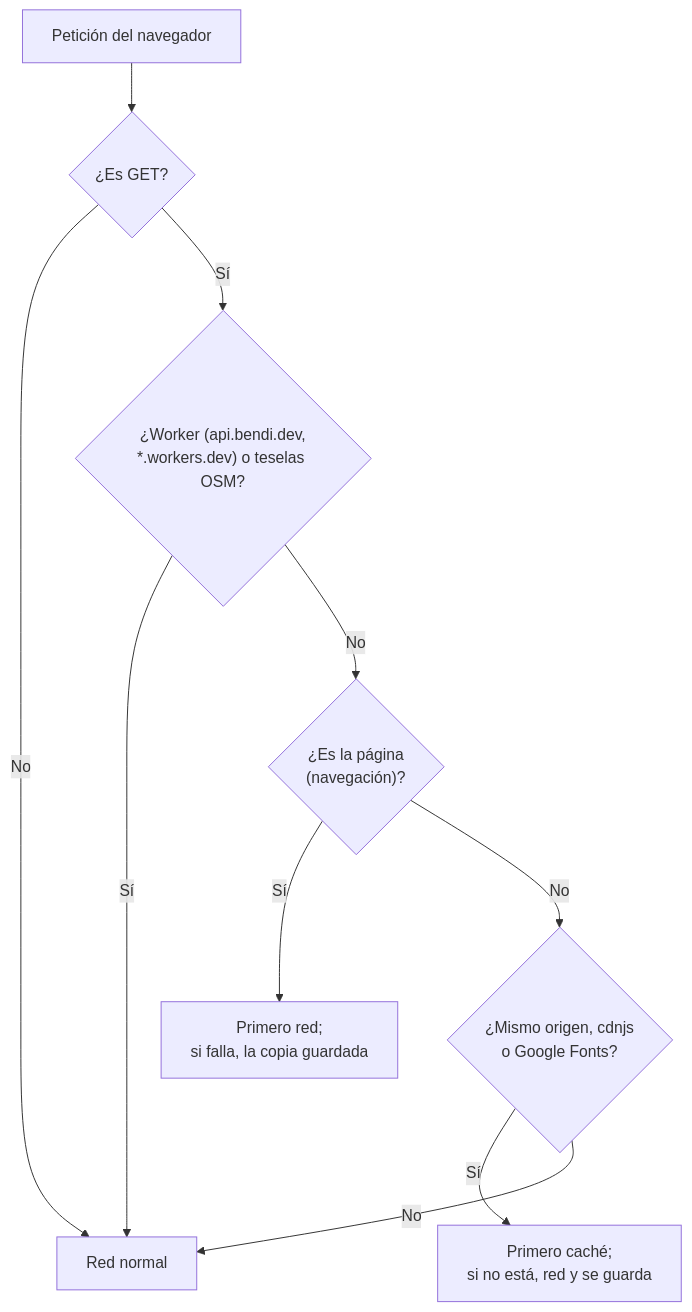
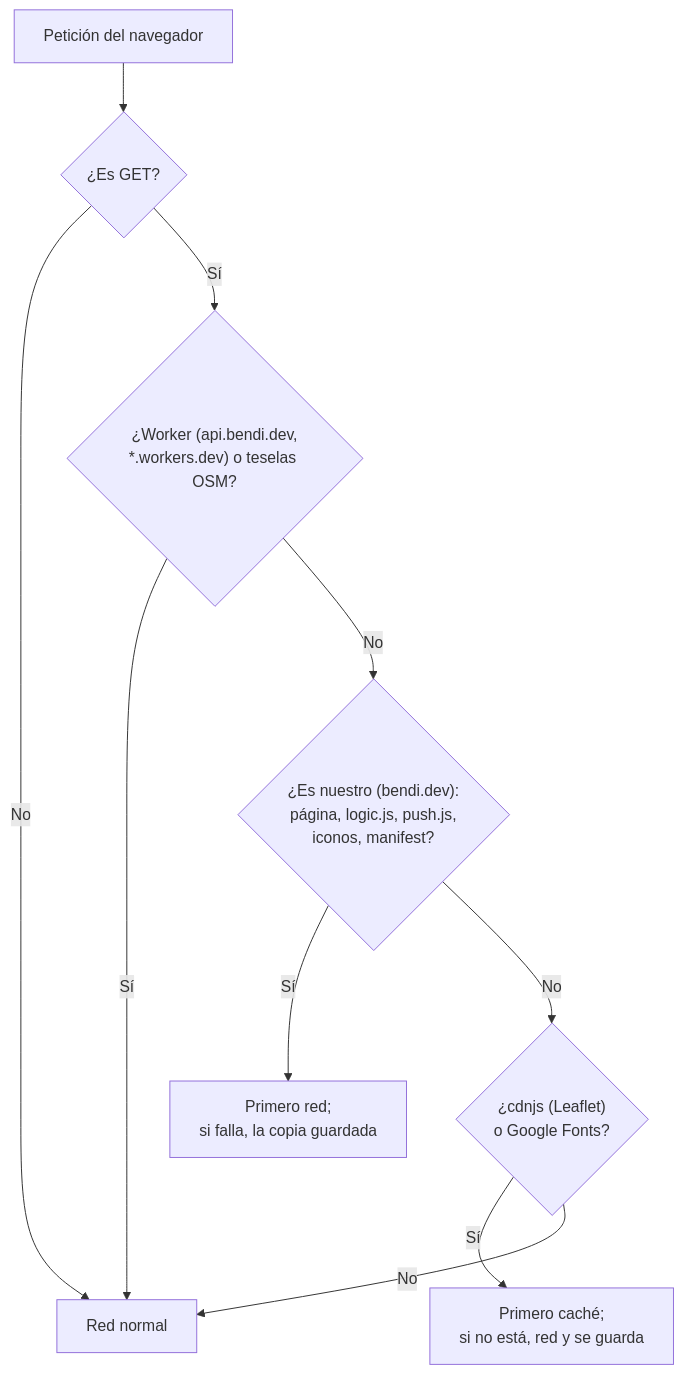
Before and after one commit to serbenda/marquesina: diagram 27 of 33 in docs/REFERENCIA.md, drawn with Mermaid. The commit also changed other lines of this file and 9 other files, not shown here.

````diff
--- a/docs/REFERENCIA.md
+++ b/docs/REFERENCIA.md
@@ -796,12 +796,12 @@
 ```mermaid
 flowchart TB
   A["Petición del navegador"] --> B{"¿Es GET?"}
   B -- "No" --> NET["Red normal"]
   B -- "Sí" --> C{"¿Worker (api.bendi.dev,<br/>*.workers.dev) o teselas OSM?"}
   C -- "Sí" --> NET
-  C -- "No" --> D{"¿Es la página<br/>(navegación)?"}
+  C -- "No" --> D{"¿Es nuestro (bendi.dev):<br/>página, logic.js, push.js,<br/>iconos, manifest?"}
   D -- "Sí" --> E["Primero red;<br/>si falla, la copia guardada"]
-  D -- "No" --> F{"¿Mismo origen, cdnjs<br/>o Google Fonts?"}
+  D -- "No" --> F{"¿cdnjs (Leaflet)<br/>o Google Fonts?"}
   F -- "Sí" --> G["Primero caché;<br/>si no está, red y se guarda"]
   F -- "No" --> NET
 ```
````
